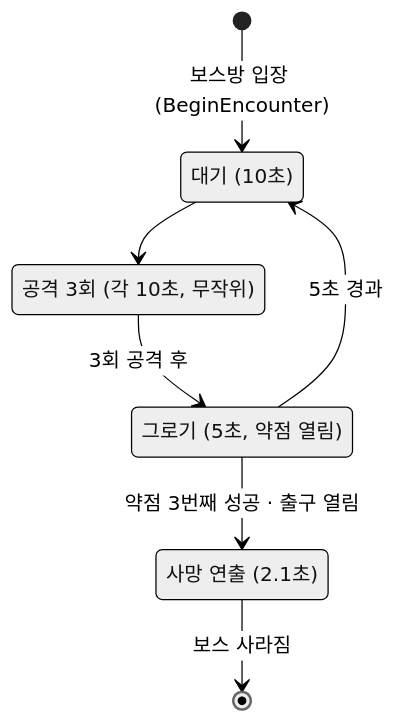
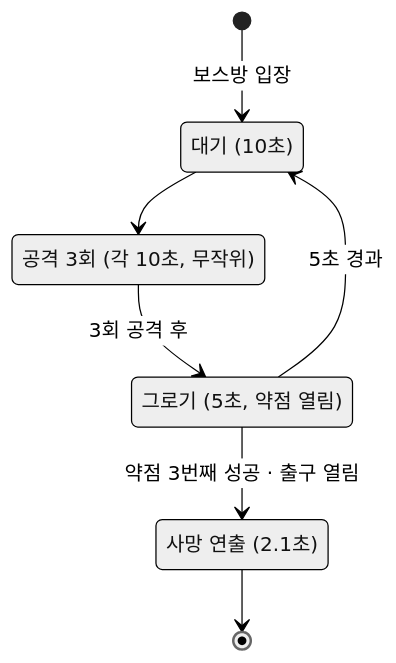
The fourth of 4 diagrams in src/Shifter/Shifter_기술문서.md (krKooHoo/portfolio-template), drawn with Mermaid (neutral theme) before and after one commit. The commit also changed other lines of this file and 132 other files, not shown here.

````diff
--- a/src/Shifter/Shifter_기술문서.md
+++ b/src/Shifter/Shifter_기술문서.md
@@ -839,13 +455,13 @@
 ```mermaid
 stateDiagram-v2
     state "대기 (10초)" as Wait
     state "공격 3회 (각 10초, 무작위)" as Pattern
     state "그로기 (5초, 약점 열림)" as Groggy
     state "사망 연출 (2.1초)" as Dead
-    [*] --> Wait: 보스방 입장 (BeginEncounter)
+    [*] --> Wait: 보스방 입장
     Wait --> Pattern
     Pattern --> Groggy: 3회 공격 후
     Groggy --> Wait: 5초 경과
     Groggy --> Dead: 약점 3번째 성공 · 출구 열림
-    Dead --> [*]: 보스 사라짐
+    Dead --> [*]
 ```
````
